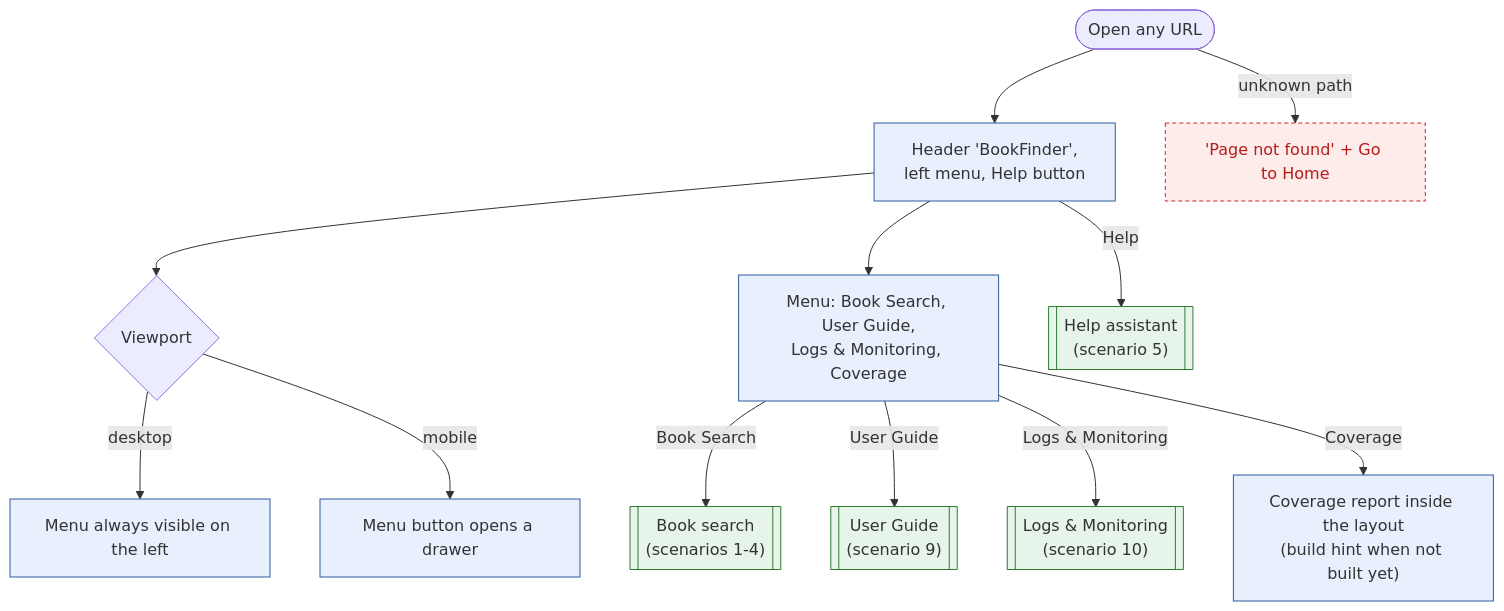
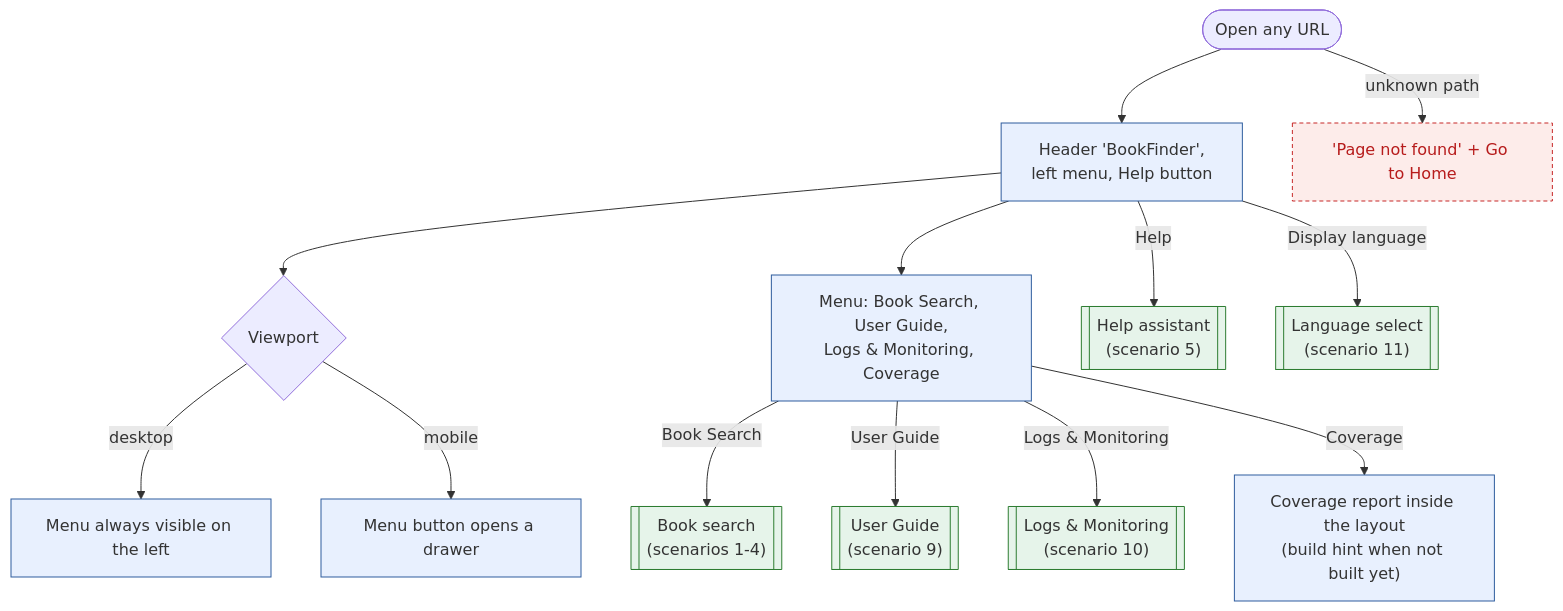
The diagram in ux-flows/08-app-shell.md (cd-jung/bookfinder), drawn with Mermaid before and after one commit. The commit also changed 102 other files, not shown here.

````diff
--- a/ux-flows/08-app-shell.md
+++ b/ux-flows/08-app-shell.md
@@ -6,27 +6,29 @@
 ```mermaid
 flowchart TD
   open(["Open any URL"]) --> shell["Header 'BookFinder',<br/>left menu, Help button"]
   shell --> viewport{"Viewport"}
   viewport -->|"desktop"| permanent["Menu always visible on the left"]
   viewport -->|"mobile"| drawer["Menu button opens a drawer"]
   shell --> menu["Menu: Book Search, User Guide,<br/>Logs & Monitoring, Coverage"]
   menu -->|"Book Search"| home[["Book search<br/>(scenarios 1-4)"]]
   menu -->|"User Guide"| guide[["User Guide<br/>(scenario 9)"]]
   menu -->|"Logs & Monitoring"| logs[["Logs & Monitoring<br/>(scenario 10)"]]
   menu -->|"Coverage"| coverage["Coverage report inside the layout<br/>(build hint when not built yet)"]
   shell -->|"Help"| help[["Help assistant<br/>(scenario 5)"]]
+  shell -->|"Display language"| languages[["Language select<br/>(scenario 11)"]]
   open -->|"unknown path"| notFound["'Page not found' + Go to Home"]
 
   classDef screen fill:#e8f0fe,stroke:#2f5d9e
   classDef hidden fill:#fdecea,stroke:#c62828,stroke-dasharray:4 3,color:#b71c1c
   classDef link fill:#e6f4ea,stroke:#2e7d32
   class shell,permanent,drawer,menu,coverage screen
   class notFound hidden
-  class home,guide,logs,help link
+  class home,guide,logs,help,languages link
 
   %% link home 01-page-load-layout.md
   %% link guide 09-user-guide.md
   %% link logs 10-logs-monitoring.md
   %% link help 05-help-conversation.md
+  %% link languages 11-languages.md
   %% guide 01-getting-started.md
 ```
````
